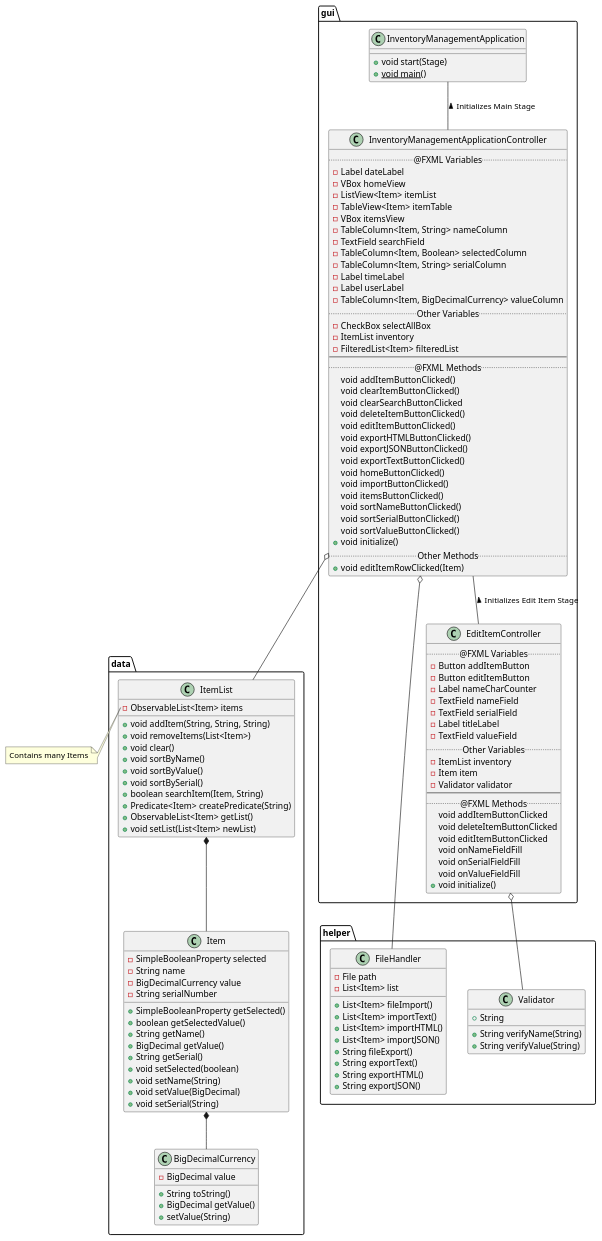
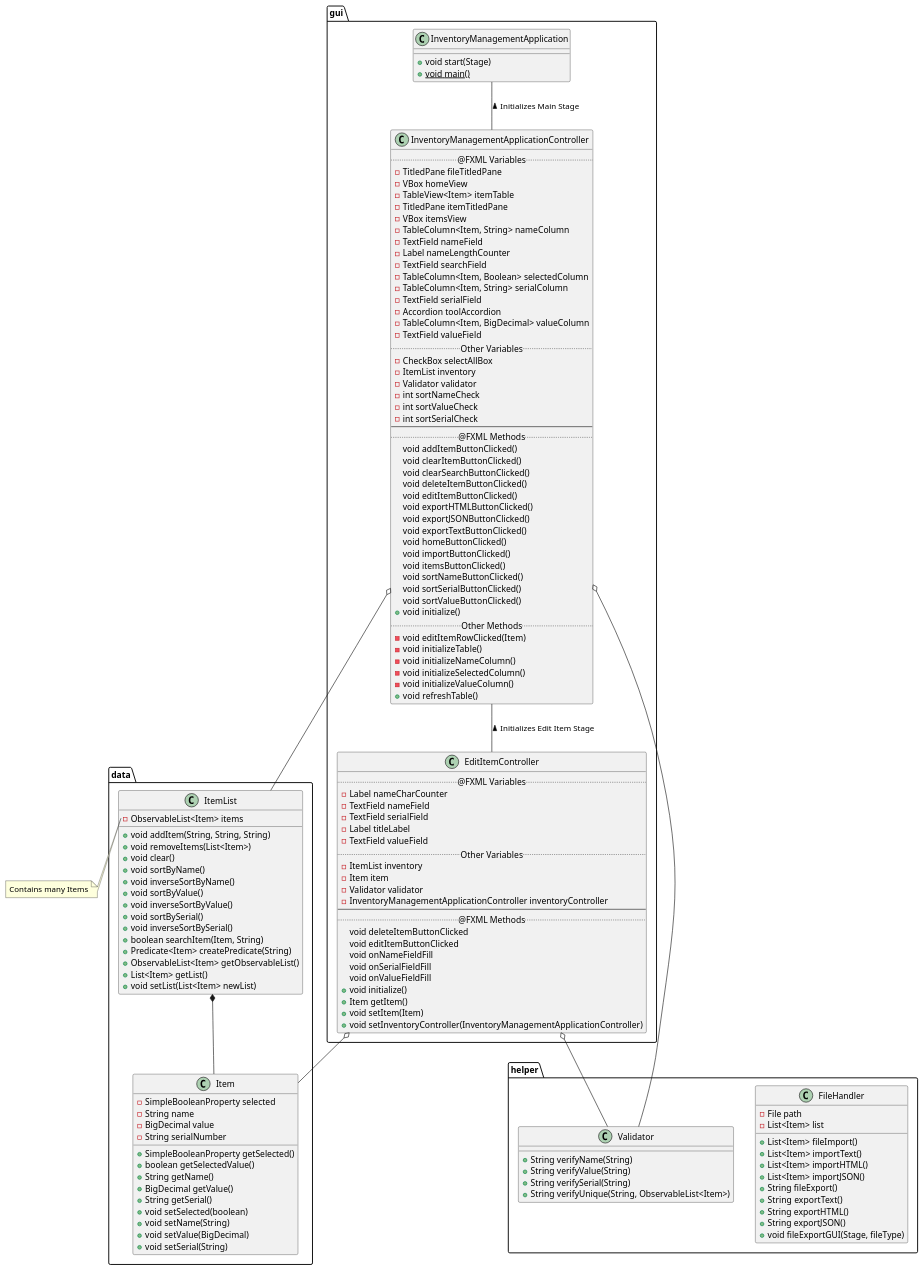
The diagram in docs/classes.puml (lastingParadox/inventory-manager), drawn with PlantUML before and after one commit. The commit also changed 16 other files, not shown here.

Commit message:
Started work on guides, edited psuedocode, edited plantUML diagram

```diff
--- a/docs/classes.puml
+++ b/docs/classes.puml
@@ -1,151 +1,161 @@
 @startuml
 
 package "data" {
 
-    class BigDecimalCurrency {
-        -BigDecimal value
-
-        +String toString()
-        +BigDecimal getValue()
-        +setValue(String)
-    }
-
     class Item {
         -SimpleBooleanProperty selected
         -String name
-        -BigDecimalCurrency value
+        -BigDecimal value
         -String serialNumber
 
         +SimpleBooleanProperty getSelected()
         +boolean getSelectedValue()
         +String getName()
         +BigDecimal getValue()
         +String getSerial()
         +void setSelected(boolean)
         +void setName(String)
         +void setValue(BigDecimal)
         +void setSerial(String)
     }
 
     class ItemList {
         -ObservableList<Item> items
 
         +void addItem(String, String, String)
         +void removeItems(List<Item>)
         +void clear()
         +void sortByName()
+        +void inverseSortByName()
         +void sortByValue()
+        +void inverseSortByValue()
         +void sortBySerial()
+        +void inverseSortBySerial()
         +boolean searchItem(Item, String)
         +Predicate<Item> createPredicate(String)
-        +ObservableList<Item> getList()
+        +ObservableList<Item> getObservableList()
+        +List<Item> getList()
         +void setList(List<Item> newList)
     }
 
 }
 
 package "gui" {
     class EditItemController {
         ..@FXML Variables..
-        -Button addItemButton
-        -Button editItemButton
         -Label nameCharCounter
         -TextField nameField
         -TextField serialField
         -Label titleLabel
         -TextField valueField
         ..Other Variables..
         -ItemList inventory
         -Item item
         -Validator validator
+        -InventoryManagementApplicationController inventoryController
         --
         ..@FXML Methods..
-        void addItemButtonClicked
         void deleteItemButtonClicked
         void editItemButtonClicked
         void onNameFieldFill
         void onSerialFieldFill
         void onValueFieldFill
         +void initialize()
+        +Item getItem()
+        +void setItem(Item)
+        +void setInventoryController(InventoryManagementApplicationController)
     }
 
     class InventoryManagementApplication {
         +void start(Stage)
         +{static}void main()
     }
 
     class InventoryManagementApplicationController {
         ..@FXML Variables..
-        -Label dateLabel
+        -TitledPane fileTitledPane
         -VBox homeView
-        -ListView<Item> itemList
         -TableView<Item> itemTable
+        -TitledPane itemTitledPane
         -VBox itemsView
         -TableColumn<Item, String> nameColumn
+        -TextField nameField
+        -Label nameLengthCounter
         -TextField searchField
         -TableColumn<Item, Boolean> selectedColumn
         -TableColumn<Item, String> serialColumn
-        -Label timeLabel
-        -Label userLabel
-        -TableColumn<Item, BigDecimalCurrency> valueColumn
+        -TextField serialField
+        -Accordion toolAccordion
+        -TableColumn<Item, BigDecimal> valueColumn
+        -TextField valueField
         ..Other Variables..
         -CheckBox selectAllBox
         -ItemList inventory
-        -FilteredList<Item> filteredList
+        -Validator validator
+        -int sortNameCheck
+        -int sortValueCheck
+        -int sortSerialCheck
         --
         ..@FXML Methods..
         void addItemButtonClicked()
         void clearItemButtonClicked()
-        void clearSearchButtonClicked
+        void clearSearchButtonClicked()
         void deleteItemButtonClicked()
         void editItemButtonClicked()
         void exportHTMLButtonClicked()
         void exportJSONButtonClicked()
         void exportTextButtonClicked()
         void homeButtonClicked()
         void importButtonClicked()
         void itemsButtonClicked()
         void sortNameButtonClicked()
         void sortSerialButtonClicked()
         void sortValueButtonClicked()
         +void initialize()
         ..Other Methods..
-        +void editItemRowClicked(Item)
+        -void editItemRowClicked(Item)
+        -void initializeTable()
+        -void initializeNameColumn()
+        -void initializeSelectedColumn()
+        -void initializeValueColumn()
+        +void refreshTable()
     }
 }
 
 package "helper" {
     class FileHandler {
         -File path
         -List<Item> list
 
         +List<Item> fileImport()
         +List<Item> importText()
         +List<Item> importHTML()
         +List<Item> importJSON()
         +String fileExport()
         +String exportText()
         +String exportHTML()
         +String exportJSON()
+        +void fileExportGUI(Stage, fileType)
     }
 
     class Validator {
         +String verifyName(String)
         +String verifyValue(String)
-        +String
+        +String verifySerial(String)
+        +String verifyUnique(String, ObservableList<Item>)
     }
 }
 
 InventoryManagementApplication -- InventoryManagementApplicationController : < Initializes Main Stage
 InventoryManagementApplicationController -- EditItemController : < Initializes Edit Item Stage
 InventoryManagementApplicationController o-- ItemList
-InventoryManagementApplicationController o-- FileHandler
+InventoryManagementApplicationController o-- Validator
 EditItemController o-- Validator
+EditItemController o-- Item
 ItemList *-- Item
-Item *-- BigDecimalCurrency
 
 note left of ItemList::items
     Contains many Items
 end note
 
 @enduml
```
